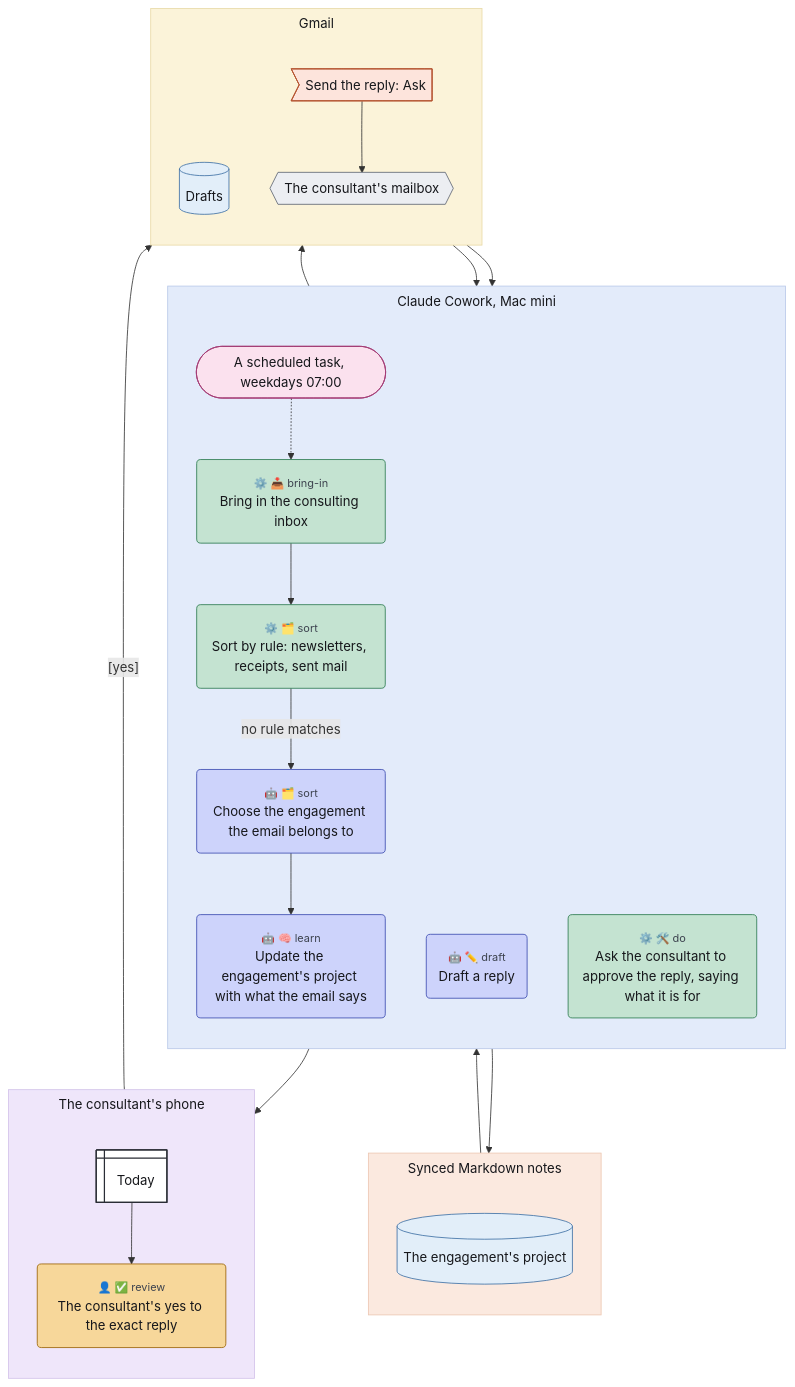
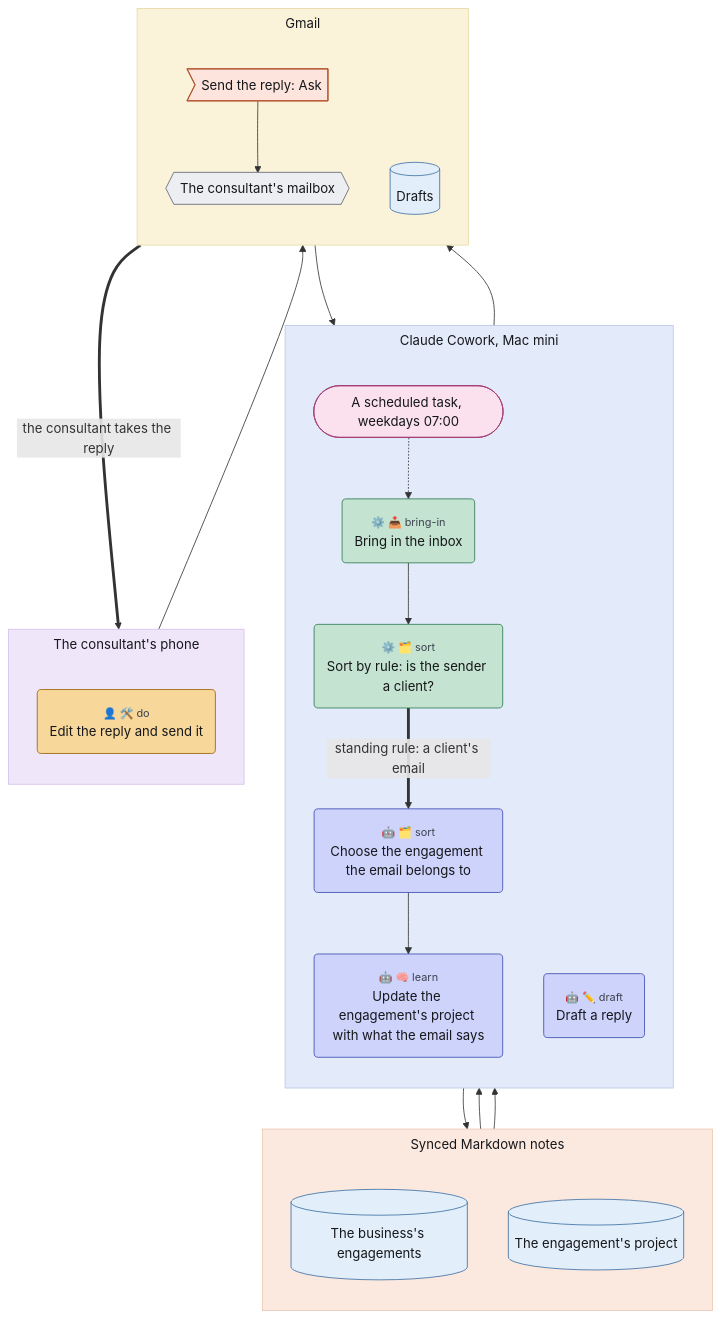
The diagram in examples/client-email-platform.mmd (chrismdp/awml), drawn with Mermaid before and after one commit. The commit also changed 6 other files, not shown here.

First line of the commit message:
Draw the client's email as the blog post does

```diff
--- a/examples/client-email-platform.mmd
+++ b/examples/client-email-platform.mmd
@@ -1,71 +1,68 @@
 ---
 config:
   theme: default
   flowchart:
     useMaxWidth: false
     subGraphTitleMargin:
       top: 6
       bottom: 30
 ---
 flowchart TB
   subgraph cowork["Claude Cowork, Mac mini"]
     direction TB
     weekdays(["A scheduled task, weekdays 07:00"])
-    bring("<small style='color:#3d434f'>⚙️ 📥 bring-in</small><br>Bring in the consulting inbox")
-    rules("<small style='color:#3d434f'>⚙️ 🗂️ sort</small><br>Sort by rule: newsletters, receipts, sent mail")
+    bring("<small style='color:#3d434f'>⚙️ 📥 bring-in</small><br>Bring in the inbox")
+    rules("<small style='color:#3d434f'>⚙️ 🗂️ sort</small><br>Sort by rule: is the sender a client?")
     choose("<small style='color:#3d434f'>🤖 🗂️ sort</small><br>Choose the engagement the email belongs to")
     learn("<small style='color:#3d434f'>🤖 🧠 learn</small><br>Update the engagement's project with what the email says")
     draft("<small style='color:#3d434f'>🤖 ✏️ draft</small><br>Draft a reply")
-    ask("<small style='color:#3d434f'>⚙️ 🛠️ do</small><br>Ask the consultant to approve the reply, saying what it is for")
   end
   subgraph files["Synced Markdown notes"]
     direction TB
+    engagements[("The business's engagements")]
     project[("The engagement's project")]
   end
   subgraph phone["The consultant's phone"]
     direction TB
-    today@{ shape: win-pane, label: "Today" }
-    approve("<small style='color:#3d434f'>👤 ✅ review</small><br>The consultant's yes to the exact reply")
+    edit("<small style='color:#3d434f'>👤 🛠️ do</small><br>Edit the reply and send it")
   end
   subgraph gmail["Gmail"]
     direction TB
+    mailbox{{"The consultant's mailbox"}}
     drafts[("Drafts")]
-    mailbox{{"The consultant's mailbox"}}
     send>"Send the reply: Ask"]
   end
 
   weekdays -.-> bring
   mailbox --> bring
   bring --> rules
-  rules -->|"no rule matches"| choose
+  rules ==>|"standing rule: a client's email"| choose
+  engagements --> choose
   choose --> learn
   learn --> project
   project --> draft
   draft --> drafts
-  drafts --> ask
-  ask --> today
-  today --> approve
-  approve -->|"[yes]"| send
+  drafts ==>|"the consultant takes the reply"| edit
+  edit --> send
   send --> mailbox
   classDef trig fill:#fbe1ee,stroke:#a33a74,color:#16171b
   classDef ctx fill:#e2eef9,stroke:#3d6fa3,color:#16171b
   classDef con fill:#eceef2,stroke:#5d6472,color:#16171b
   classDef surf fill:#ffffff,stroke:#2a2d35,stroke-width:1.5px,color:#16171b
   classDef out fill:#fde4dc,stroke:#b5532f,color:#16171b
   classDef ai fill:#cdd3fb,stroke:#3b4bb0,color:#16171b
   classDef code fill:#c4e3d1,stroke:#2b7a4f,color:#16171b
   classDef person fill:#f7d79a,stroke:#9a6100,color:#16171b
   classDef uml fill:#16171b,stroke:#16171b,color:#16171b
   classDef gap fill:#ffffff,stroke:#8a93a3,stroke-dasharray:4 3,color:#6b7280
   class weekdays trig
-  class project,drafts ctx
+  class engagements,project,drafts ctx
   class mailbox con
-  class today surf
   class send out
   class choose,learn,draft ai
-  class bring,rules,ask code
-  class approve person
+  class bring,rules code
+  class edit person
   style cowork fill:#e3ebfa,stroke:#b9c8e8,color:#16171b
   style files fill:#fbe9df,stroke:#ecc7b2,color:#16171b
   style phone fill:#efe6fa,stroke:#d3c2ea,color:#16171b
   style gmail fill:#fbf3d9,stroke:#e8d9a6,color:#16171b
```
